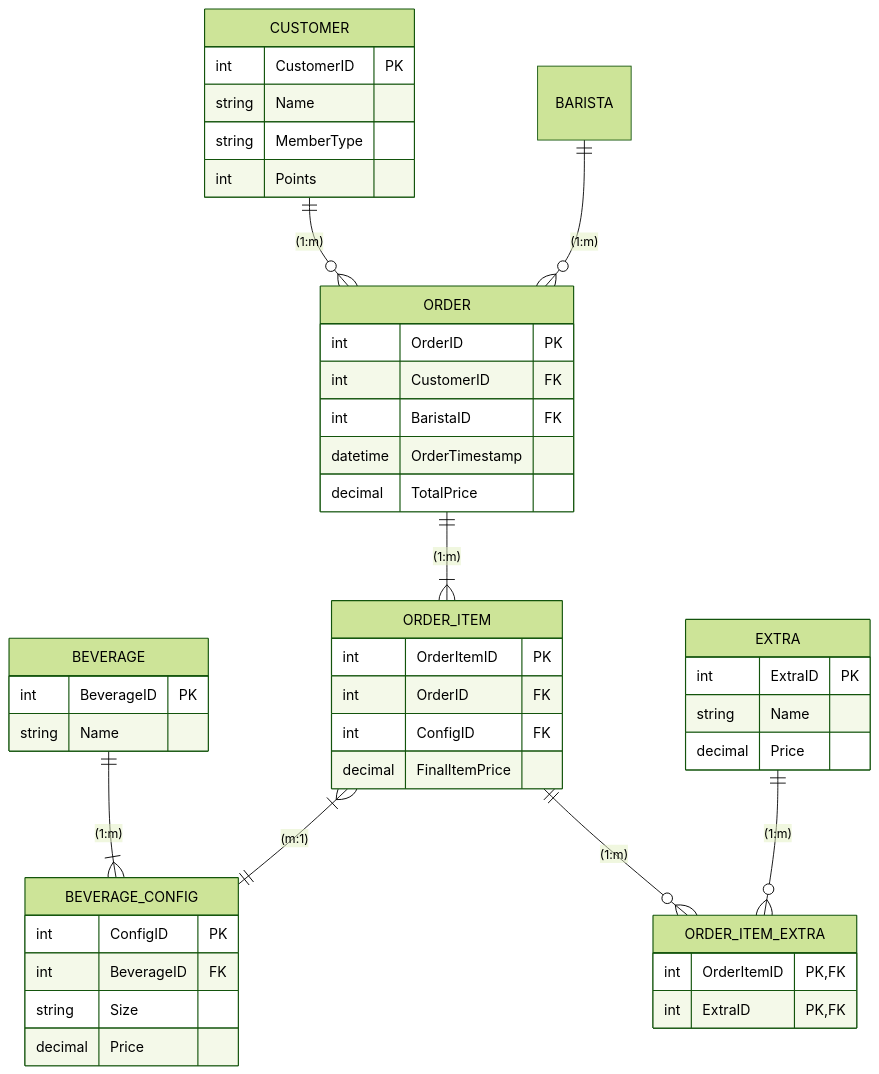
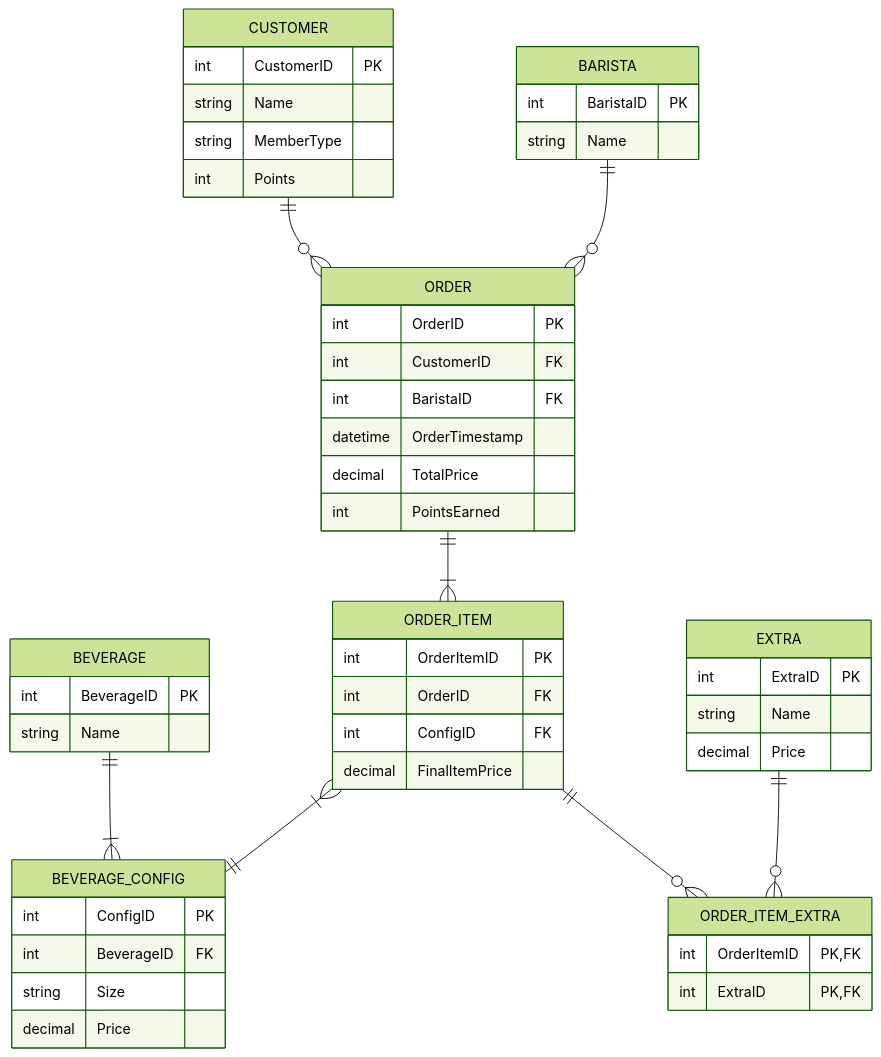
The second of 2 diagrams in README.md (soniazagrean/Task), drawn with Mermaid (forest theme) before and after one commit. The commit also changed other lines of this file, not shown here.

Commit message:
fix diagrams

````diff
--- a/README.md
+++ b/README.md
@@ -69,63 +79,61 @@
 ``` mermaid
 erDiagram
-    CUSTOMER ||--o{ ORDER : "(1:m)"
-
-    BARISTA ||--o{ ORDER : "(1:m)"
-    
-    ORDER ||--|{ ORDER_ITEM : "(1:m)"
-
-    BEVERAGE ||--|{ BEVERAGE_CONFIG : " (1:m)"
-    
-    ORDER_ITEM ||--o{ ORDER_ITEM_EXTRA : "(1:m)"
-
-    EXTRA ||--o{ ORDER_ITEM_EXTRA : "(1:m)"
-    
-    ORDER_ITEM }|--|| BEVERAGE_CONFIG : "(m:1)"
-
-    
+    CUSTOMER ||--o{ ORDER : ""
+    BARISTA ||--o{ ORDER : ""
+    ORDER ||--|{ ORDER_ITEM : ""
+    BEVERAGE ||--|{ BEVERAGE_CONFIG : ""
+    ORDER_ITEM ||--o{ ORDER_ITEM_EXTRA : ""
+    EXTRA ||--o{ ORDER_ITEM_EXTRA : ""
+    ORDER_ITEM }|--|| BEVERAGE_CONFIG : ""
 
     CUSTOMER {
         int CustomerID PK
         string Name
         string MemberType
         int Points
     }
-    
+
+    BARISTA {
+        int BaristaID PK
+        string Name
+    }
+
     ORDER {
         int OrderID PK
         int CustomerID FK
         int BaristaID FK
         datetime OrderTimestamp
         decimal TotalPrice
+        int PointsEarned
+    }
+
+    BEVERAGE {
+        int BeverageID PK
+        string Name
     }
     
     BEVERAGE_CONFIG {
         int ConfigID PK
         int BeverageID FK
         string Size
         decimal Price
-    }
-    
-    BEVERAGE {
-        int BeverageID PK
-        string Name
     }
 
     ORDER_ITEM {
         int OrderItemID PK
         int OrderID FK
         int ConfigID FK
         decimal FinalItemPrice
     }
 
     EXTRA {
         int ExtraID PK
         string Name
         decimal Price
     }
     
     ORDER_ITEM_EXTRA {
         int OrderItemID PK, FK
         int ExtraID PK, FK
     }
 ```
````
